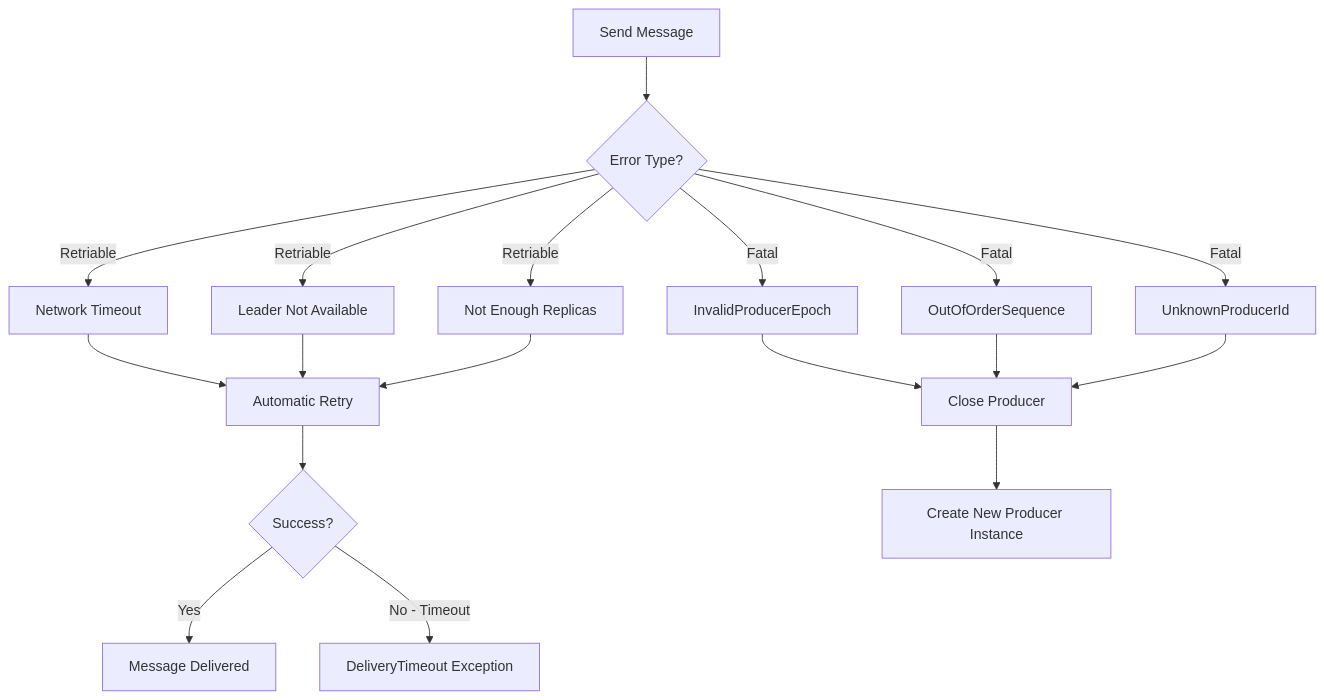
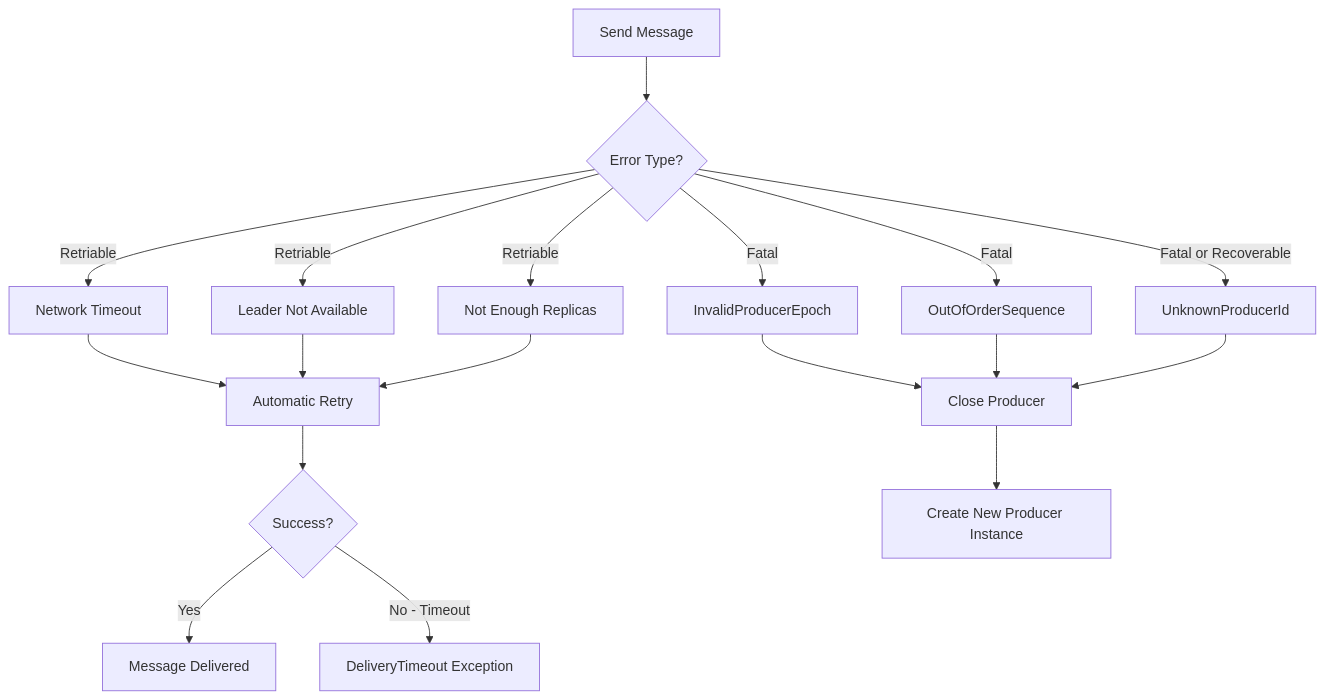
One commit to OneUptime/blog changed the fourth of 5 diagrams in posts/2026-01-30-kafka-idempotent-producers/README.md. Above: the diagram before and after it, drawn with Mermaid. The commit also changed other lines of this file and 2 other files, not shown here.

````diff
--- a/posts/2026-01-30-kafka-idempotent-producers/README.md
+++ b/posts/2026-01-30-kafka-idempotent-producers/README.md
@@ -230,26 +238,26 @@
 ```mermaid
 flowchart TD
     A[Send Message] --> B{Error Type?}
 
     B -->|Retriable| C[Network Timeout]
     B -->|Retriable| D[Leader Not Available]
     B -->|Retriable| E[Not Enough Replicas]
 
     B -->|Fatal| F[InvalidProducerEpoch]
     B -->|Fatal| G[OutOfOrderSequence]
-    B -->|Fatal| H[UnknownProducerId]
+    B -->|Fatal or Recoverable| H[UnknownProducerId]
 
     C --> I[Automatic Retry]
     D --> I
     E --> I
 
     F --> J[Close Producer]
     G --> J
     H --> J
 
     I --> K{Success?}
     K -->|Yes| L[Message Delivered]
     K -->|No - Timeout| M[DeliveryTimeout Exception]
 
     J --> N[Create New Producer Instance]
 ```
````
